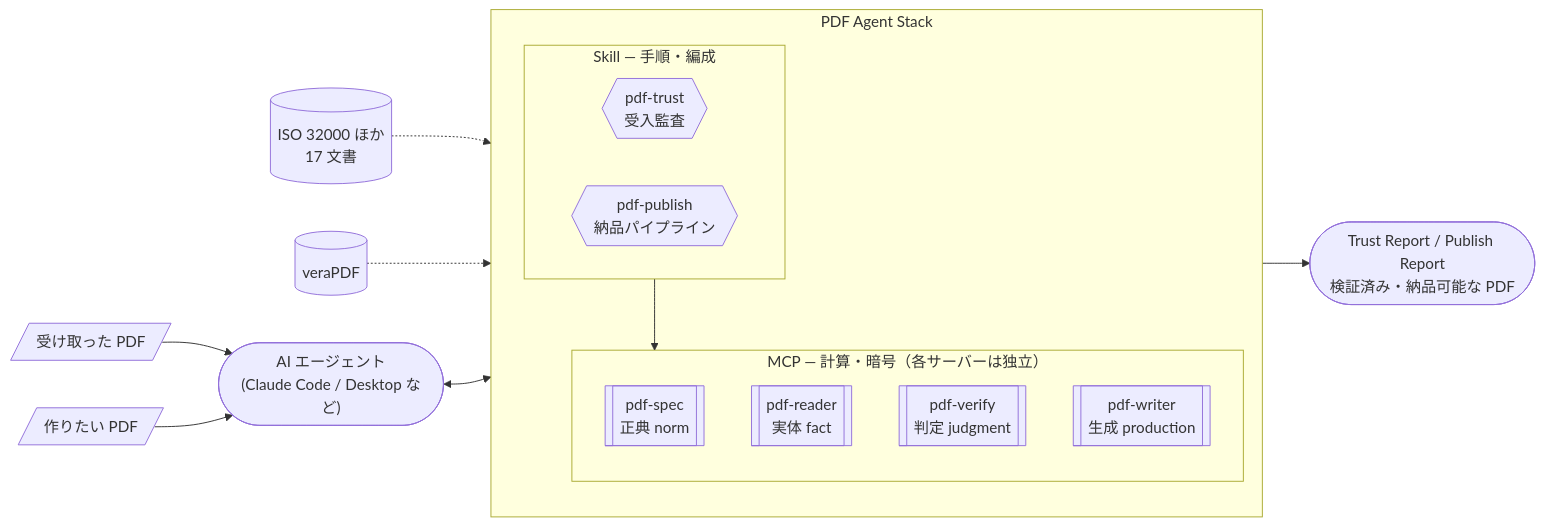
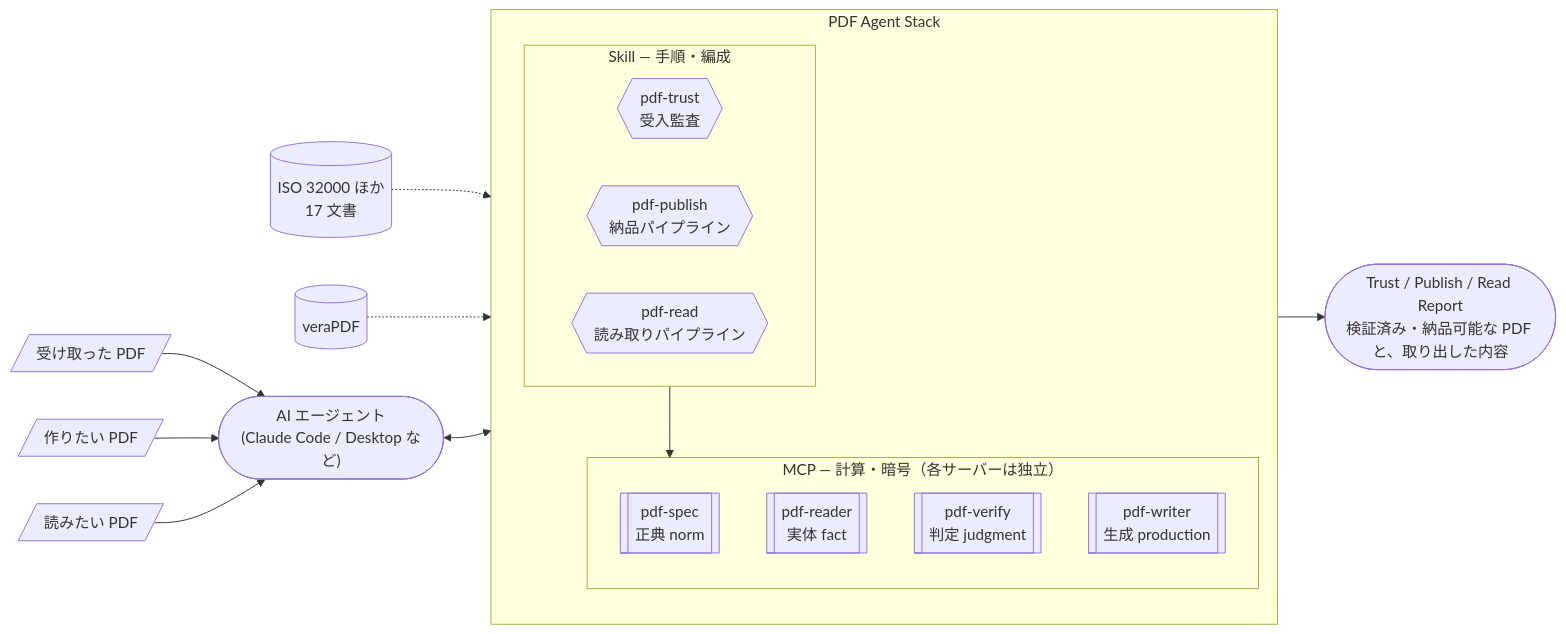
The first of 2 diagrams in site/docs/ja/guide/architecture.md (shuji-bonji/pdf-agent-stack), drawn with Mermaid before and after one commit. The commit also changed other lines of this file and 27 other files, not shown here.

````diff
--- a/site/docs/ja/guide/architecture.md
+++ b/site/docs/ja/guide/architecture.md
@@ -11,27 +11,29 @@
 ```mermaid
 graph LR
   AGENT(["AI エージェント<br>(Claude Code / Desktop など)"])
 
   subgraph FAMILY["PDF Agent Stack"]
     direction TB
     subgraph SKILL["Skill — 手順・編成"]
       TRUST{{"pdf-trust<br>受入監査"}}
       PUBLISH{{"pdf-publish<br>納品パイプライン"}}
+      READ{{"pdf-read<br>読み取りパイプライン"}}
     end
     subgraph MCP["MCP — 計算・暗号（各サーバーは独立）"]
       SPEC[["pdf-spec<br>正典 norm"]]
       READER[["pdf-reader<br>実体 fact"]]
       VERIFY[["pdf-verify<br>判定 judgment"]]
       WRITER[["pdf-writer<br>生成 production"]]
     end
     SKILL --> MCP
   end
 
   IN[/"受け取った PDF"/] --> AGENT
   NEED[/"作りたい PDF"/] --> AGENT
+  DOC[/"読みたい PDF"/] --> AGENT
   AGENT <--> FAMILY
-  FAMILY --> OUT(["Trust Report / Publish Report<br>検証済み・納品可能な PDF"])
+  FAMILY --> OUT(["Trust / Publish / Read Report<br>検証済み・納品可能な PDF と、取り出した内容"])
 
   SPECDOC[("ISO 32000 ほか<br>17 文書")] -.-> SPEC
   VERA[("veraPDF")] -.-> VERIFY
 ```
````
